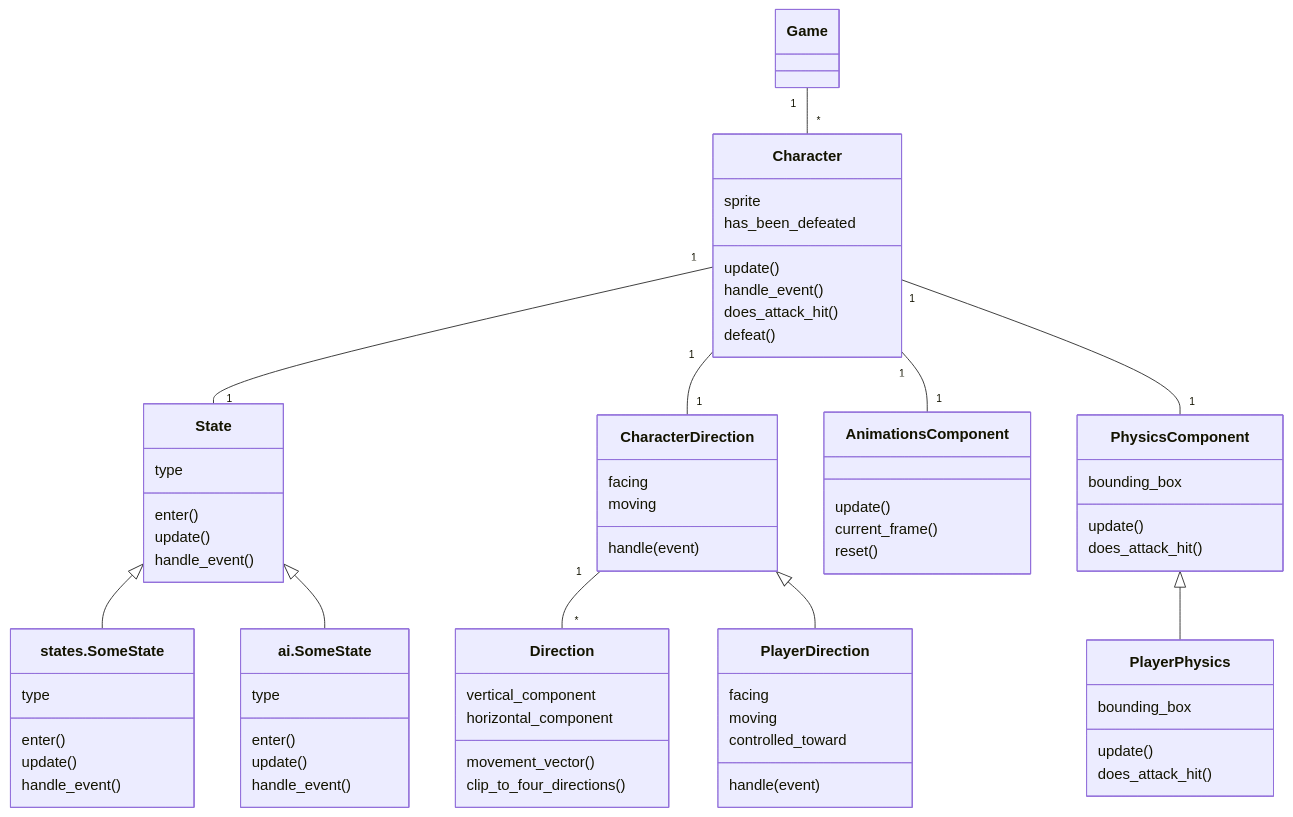
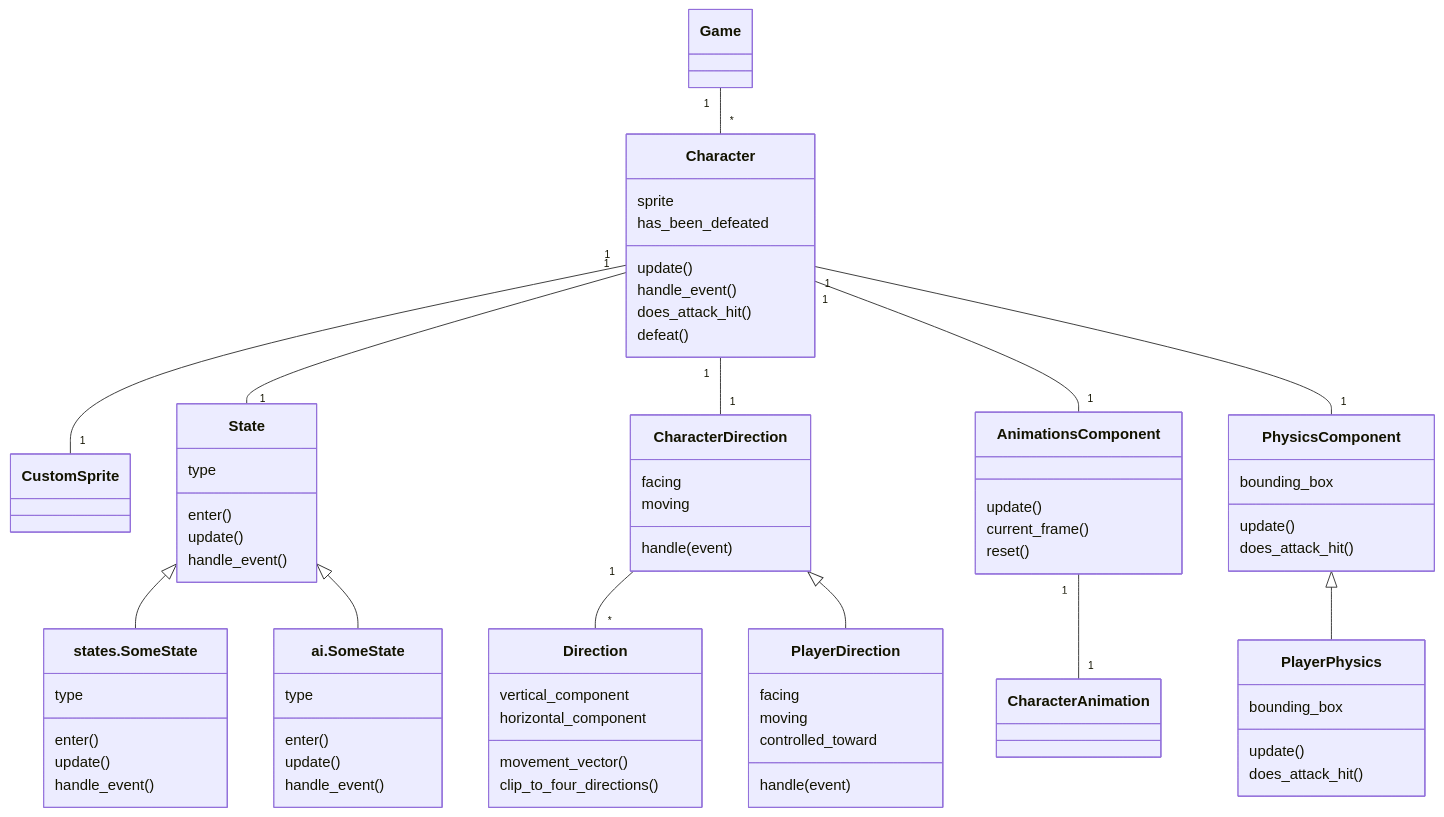
One commit to VSirvio/RaiseYourSword changed the third of 5 diagrams in documentation/architecture.md. Above: the diagram before and after it, drawn with Mermaid. The commit also changed other lines of this file, not shown here.

````diff
--- a/documentation/architecture.md
+++ b/documentation/architecture.md
@@ -45,73 +91,75 @@
 ```mermaid
 classDiagram
     Game "1" -- "*" Character
+    Character "1" -- "1" CustomSprite
     Character "1" -- "1" State
     State <|-- states.SomeState
     State <|-- ai.SomeState
     Character "1" -- "1" CharacterDirection
     CharacterDirection "1" -- "*" Direction
     CharacterDirection <|-- PlayerDirection
     Character "1" -- "1" AnimationsComponent
+    AnimationsComponent "1" -- "1" CharacterAnimation
     Character "1" -- "1" PhysicsComponent
     PhysicsComponent <|-- PlayerPhysics
     class Game{
     }
     class Character{
         sprite
         has_been_defeated
         update()
         handle_event()
         does_attack_hit()
         defeat()
     }
     class State{
         type
         enter()
         update()
         handle_event()
     }
     class states.SomeState{
         type
         enter()
         update()
         handle_event()
     }
     class ai.SomeState{
         type
         enter()
         update()
         handle_event()
     }
     class CharacterDirection{
         facing
         moving
         handle(event)
     }
     class Direction{
         vertical_component
         horizontal_component
         movement_vector()
         clip_to_four_directions()
     }
     class PlayerDirection{
         facing
         moving
         controlled_toward
         handle(event)
     }
     class AnimationsComponent{
         update()
         current_frame()
         reset()
     }
     class PhysicsComponent{
         bounding_box
         update()
         does_attack_hit()
     }
     class PlayerPhysics{
         bounding_box
         update()
         does_attack_hit()
     }
 ```
````
